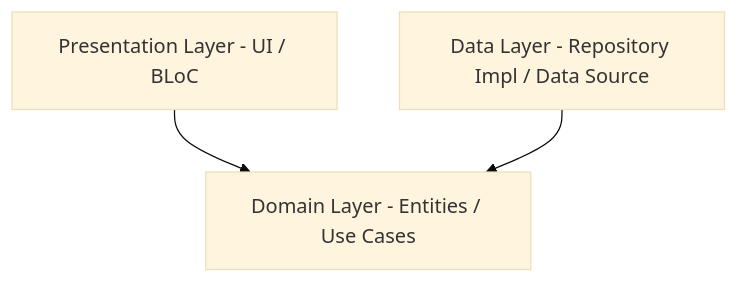
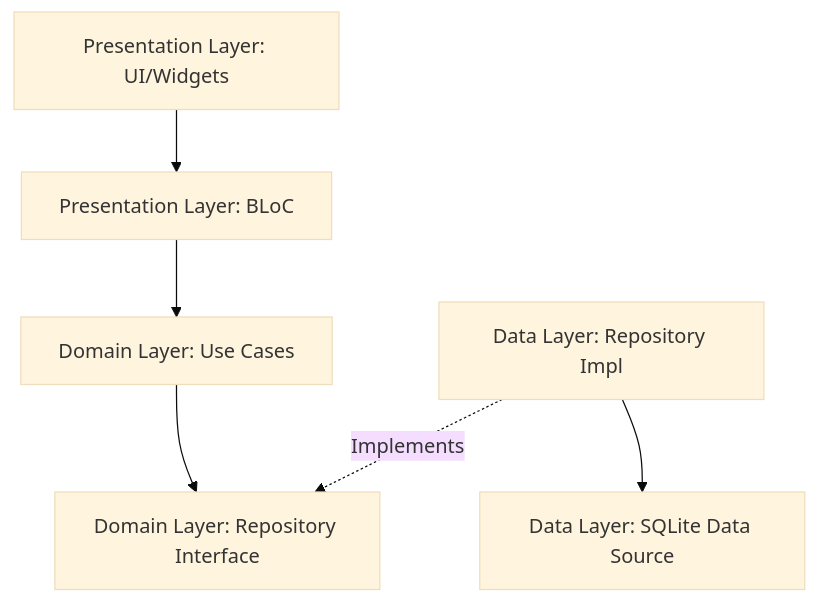
One commit to TheJenilDGohel/task_manager changed the diagram in README.md. Above: the diagram before and after it, drawn with Mermaid (base theme). The commit also changed other lines of this file, not shown here.

Commit message:
docs: Update README with comprehensive architecture and data flow

````diff
--- a/README.md
+++ b/README.md
@@ -29,5 +29,8 @@
 ```mermaid
 graph TD
-    Presentation[Presentation Layer - UI / BLoC] --> Domain[Domain Layer - Entities / Use Cases]
-    Data[Data Layer - Repository Impl / Data Source] --> Domain
+    UI[Presentation Layer: UI/Widgets] --> BLoC[Presentation Layer: BLoC]
+    BLoC --> UC[Domain Layer: Use Cases]
+    UC --> Repo[Domain Layer: Repository Interface]
+    RepoImpl[Data Layer: Repository Impl] -. Implements .-> Repo
+    RepoImpl --> DB[Data Layer: SQLite Data Source]
 ```
````
